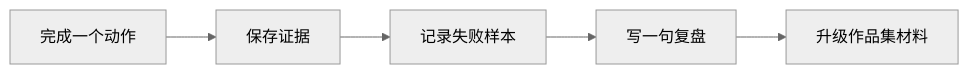
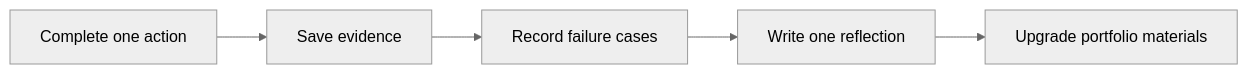
Before and after one commit to oudbiao/AI-fullstack-course: the diagram in docs/intro/badges-achievements.md, drawn with Mermaid (neutral theme). The commit also changed other lines of this file and 1406 other files, not shown here.

````diff
--- a/docs/intro/badges-achievements.md
+++ b/docs/intro/badges-achievements.md
@@ -16,7 +16,7 @@
 ```mermaid
 flowchart LR
-  A["完成一个动作"] --> B["保存证据"]
-  B --> C["记录失败样本"]
-  C --> D["写一句复盘"]
-  D --> E["升级作品集材料"]
+  A["Complete one action"] --> B["Save evidence"]
+  B --> C["Record failure cases"]
+  C --> D["Write one reflection"]
+  D --> E["Upgrade portfolio materials"]
 ```
````
